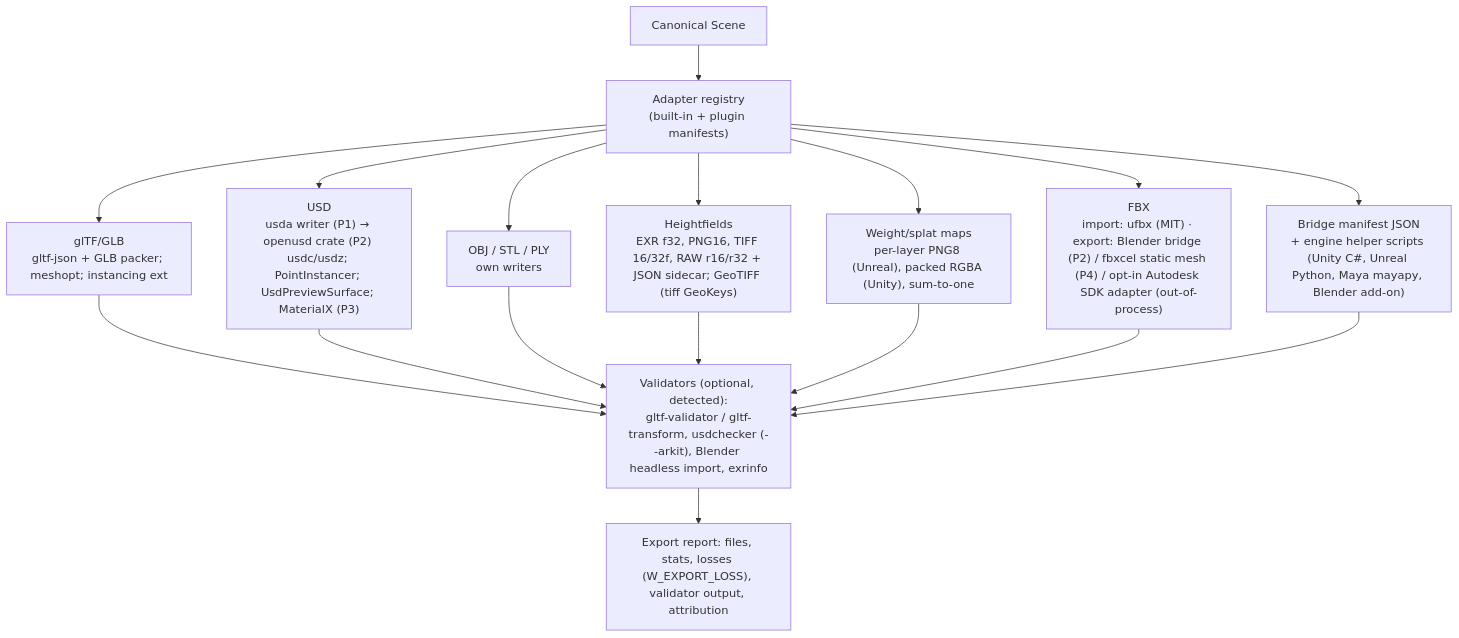
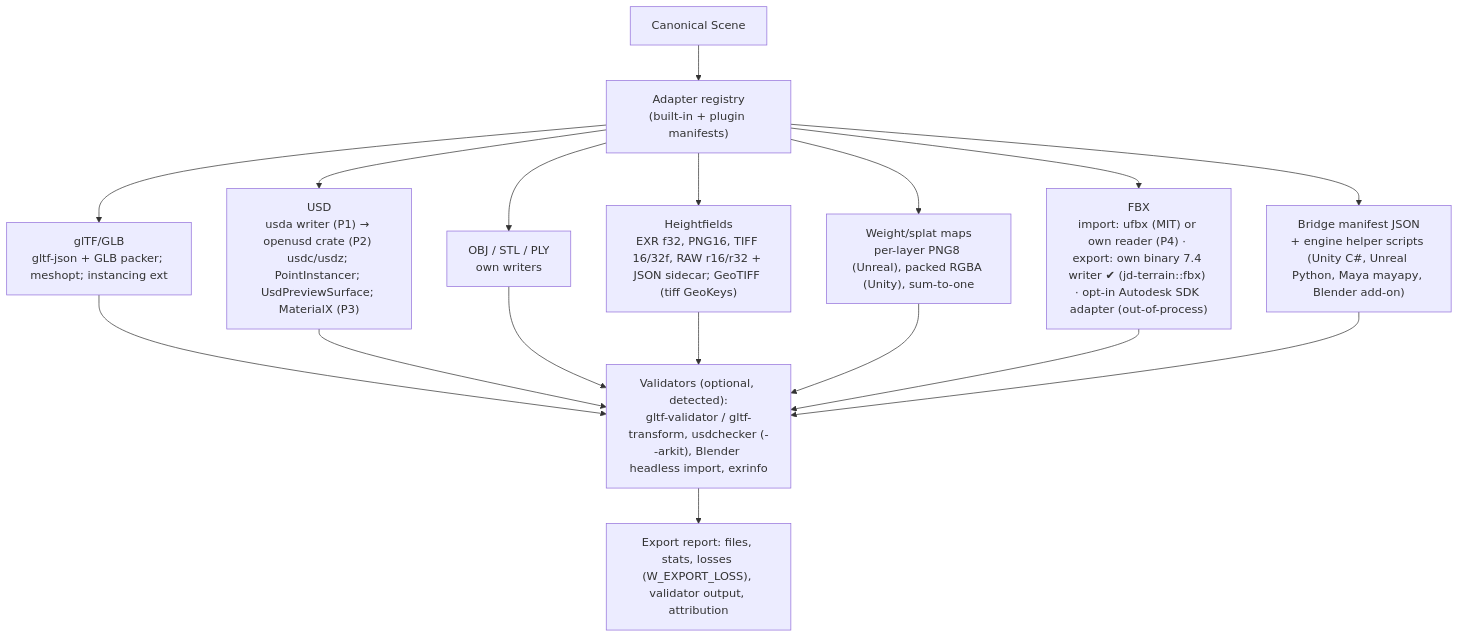
Before and after one commit to SeedeXR/jenga-dunia: the second of 2 diagrams in docs/architecture/08-io-formats.md, drawn with Mermaid. The commit also changed 14 other files, not shown here.

First line of the commit message:
feat(terrain): own FBX binary 7.4 writer — jd export mesh terrain.fbx

````diff
--- a/docs/architecture/08-io-formats.md
+++ b/docs/architecture/08-io-formats.md
@@ -41,13 +41,13 @@
 ```mermaid
 flowchart TB
   CSR["Canonical Scene"] --> REG["Adapter registry<br/>(built-in + plugin manifests)"]
   REG --> X1["glTF/GLB<br/>gltf-json + GLB packer; meshopt; instancing ext"]
   REG --> X2["USD<br/>usda writer (P1) → openusd crate (P2) usdc/usdz; PointInstancer; UsdPreviewSurface; MaterialX (P3)"]
   REG --> X3["OBJ / STL / PLY<br/>own writers"]
   REG --> X4["Heightfields<br/>EXR f32, PNG16, TIFF 16/32f, RAW r16/r32 + JSON sidecar; GeoTIFF (tiff GeoKeys)"]
   REG --> X5["Weight/splat maps<br/>per-layer PNG8 (Unreal), packed RGBA (Unity), sum-to-one"]
-  REG --> X6["FBX<br/>import: ufbx (MIT) · export: Blender bridge (P2) / fbxcel static mesh (P4) / opt-in Autodesk SDK adapter (out-of-process)"]
+  REG --> X6["FBX<br/>import: ufbx (MIT) or own reader (P4) · export: own binary 7.4 writer ✔ (jd-terrain::fbx) · opt-in Autodesk SDK adapter (out-of-process)"]
   REG --> X7["Bridge manifest JSON<br/>+ engine helper scripts (Unity C#, Unreal Python, Maya mayapy, Blender add-on)"]
   X1 & X2 & X3 & X4 & X5 & X6 & X7 --> VAL["Validators (optional, detected):<br/>gltf-validator / gltf-transform, usdchecker (--arkit), Blender headless import, exrinfo"]
   VAL --> REP["Export report: files, stats, losses (W_EXPORT_LOSS), validator output, attribution"]
 ```
````
